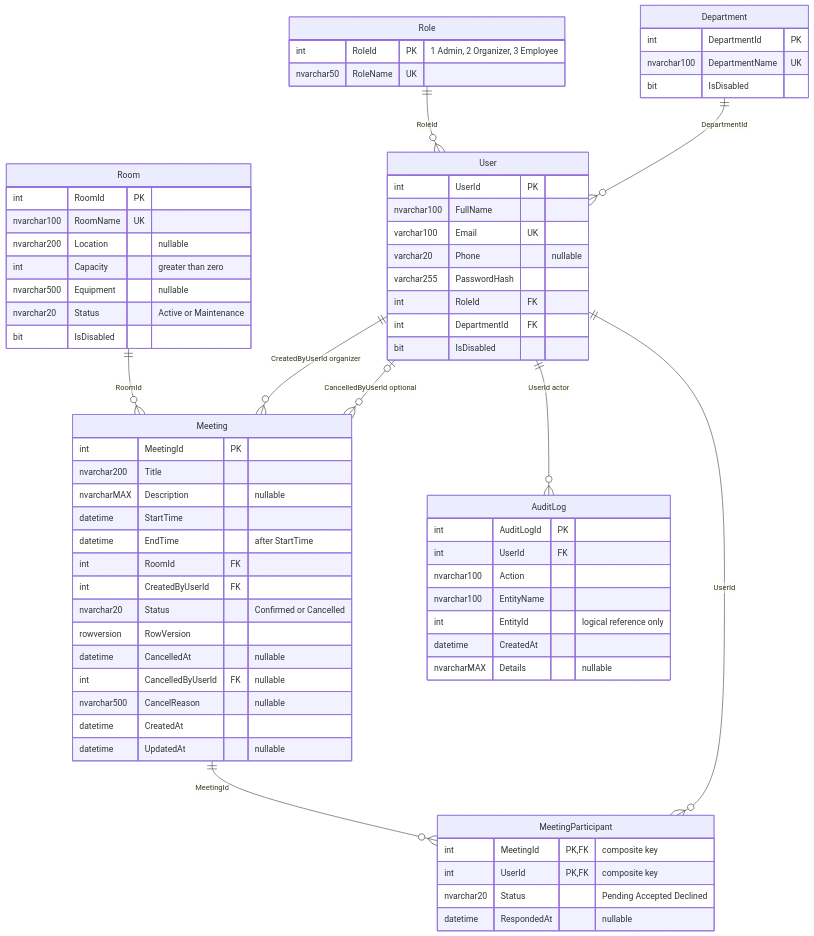
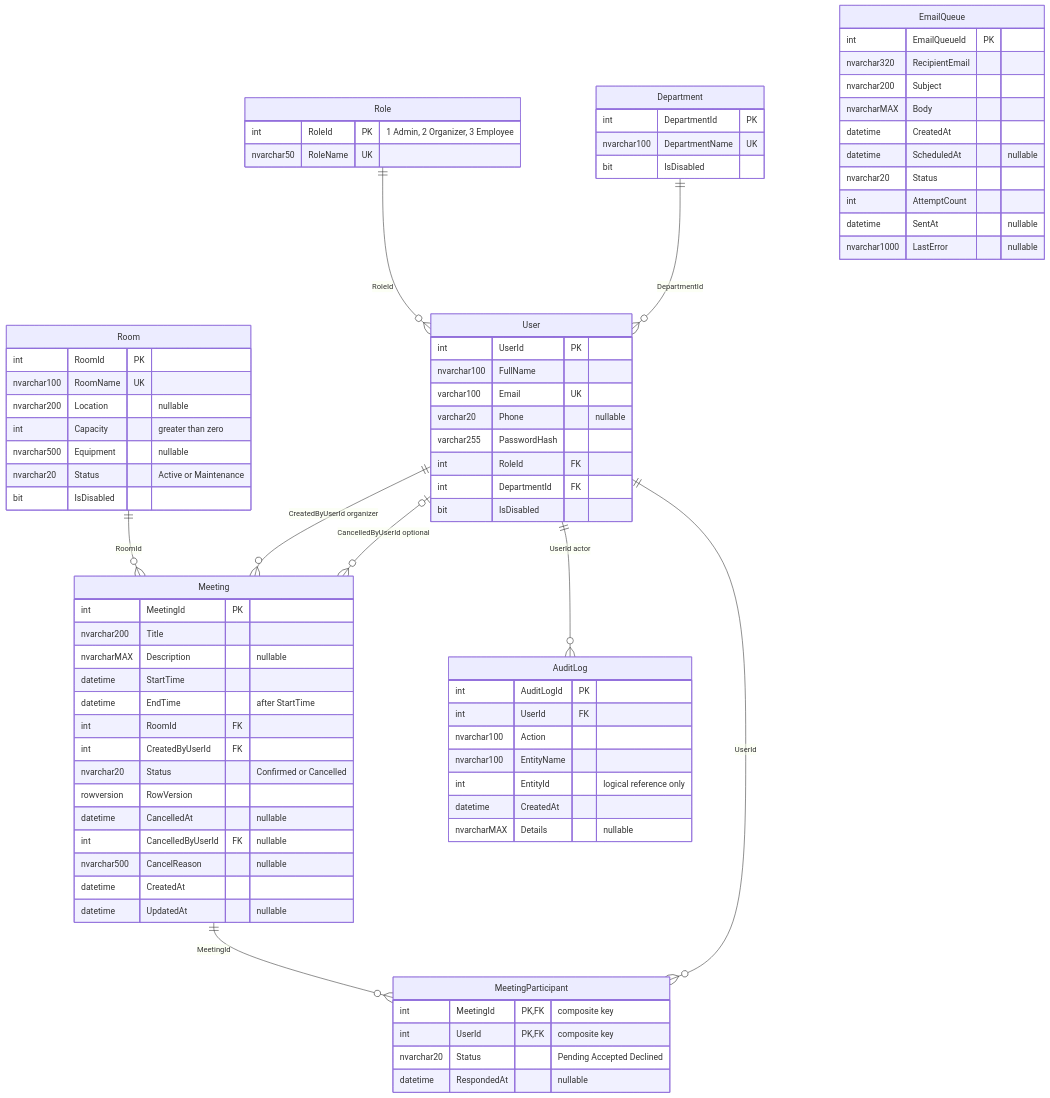
The diagram in docs/ERD.md (Toan-Leeee/HOP), drawn with Mermaid before and after one commit. The commit also changed other lines of this file and 285 other files, not shown here.

Commit message:
Hoàn thiện module phòng họp và bổ sung EmailQueue

```diff
--- a/docs/ERD.md
+++ b/docs/ERD.md
@@ -12,6 +12,20 @@
     Meeting ||--o{ MeetingParticipant : "MeetingId"
     User ||--o{ MeetingParticipant : "UserId"
     User ||--o{ AuditLog : "UserId actor"
+
+    %% EmailQueue không có FK để hàng đợi giữ được nội dung khi lịch/người dùng thay đổi.
+    EmailQueue {
+        int EmailQueueId PK
+        nvarchar320 RecipientEmail
+        nvarchar200 Subject
+        nvarcharMAX Body
+        datetime CreatedAt
+        datetime ScheduledAt "nullable"
+        nvarchar20 Status
+        int AttemptCount
+        datetime SentAt "nullable"
+        nvarchar1000 LastError "nullable"
+    }
 
     Role {
         int RoleId PK "1 Admin, 2 Organizer, 3 Employee"
```
